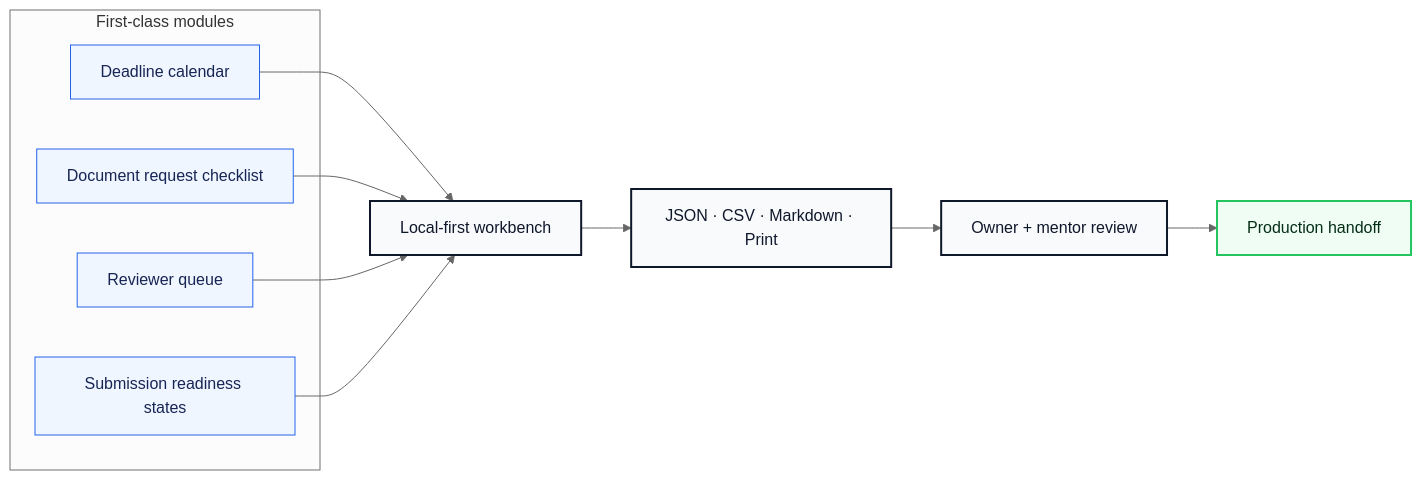
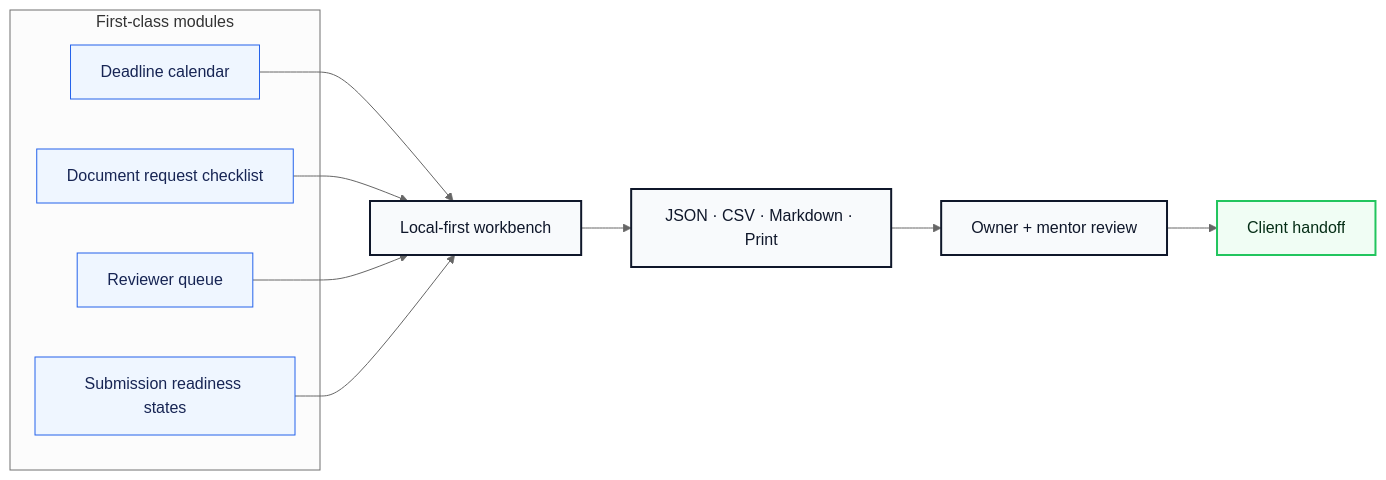
Before and after one commit to volta-npo/grant-deadline-radar: the second of 3 diagrams in README.md, drawn with Mermaid (neutral theme). The commit also changed other lines of this file and 28 other files, not shown here.

````diff
--- a/README.md
+++ b/README.md
@@ -64,23 +64,23 @@
 ```mermaid
 flowchart LR
     subgraph Modules["First-class modules"]
         M1["Deadline calendar"]
         M2["Document request checklist"]
         M3["Reviewer queue"]
         M4["Submission readiness states"]
     end
     M1 --> Workbench
     M2 --> Workbench
     M3 --> Workbench
     M4 --> Workbench
     Workbench["Local-first workbench"] --> Exports["JSON · CSV · Markdown · Print"]
     Exports --> Review["Owner + mentor review"]
-    Review --> Launch["Production handoff"]
+    Review --> Launch["Client handoff"]
 
     classDef module fill:#eff6ff,stroke:#2563eb,color:#172554;
     classDef app fill:#f8fafc,stroke:#0f172a,color:#0f172a,stroke-width:2px;
     classDef launch fill:#f0fdf4,stroke:#22c55e,color:#052e16,stroke-width:2px;
     class M1,M2,M3,M4 module;
     class Workbench,Exports,Review app;
     class Launch launch;
 ```
````
